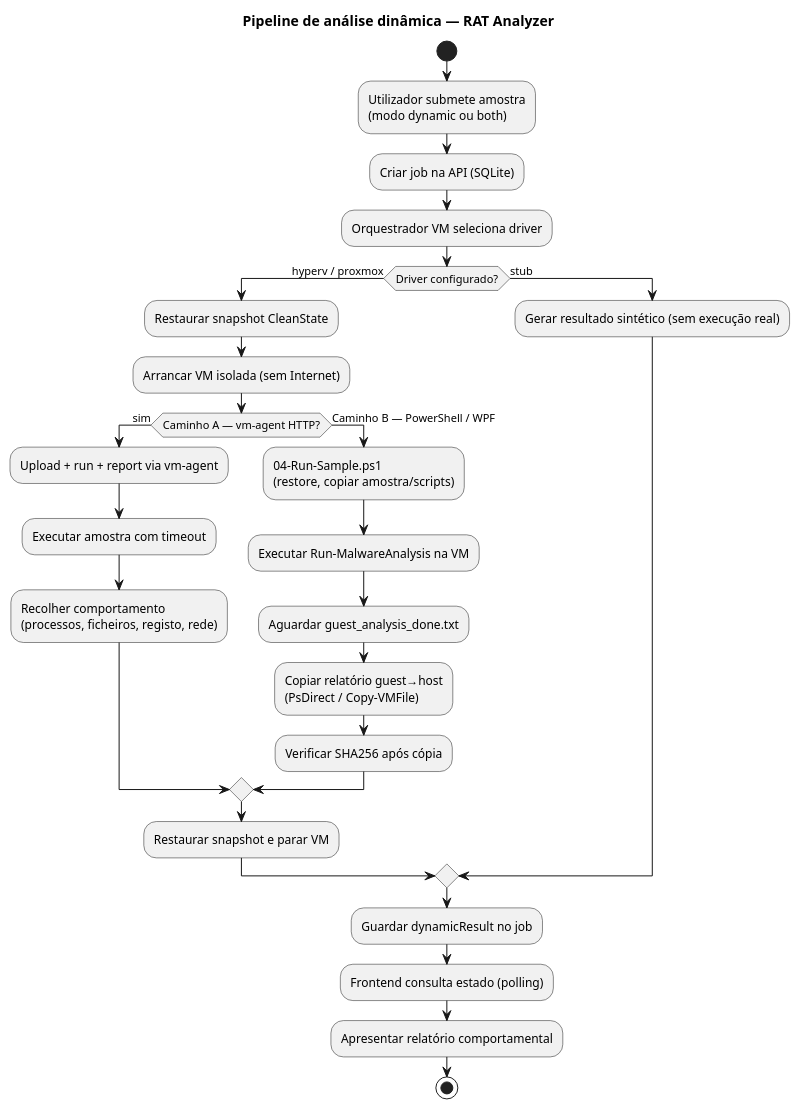
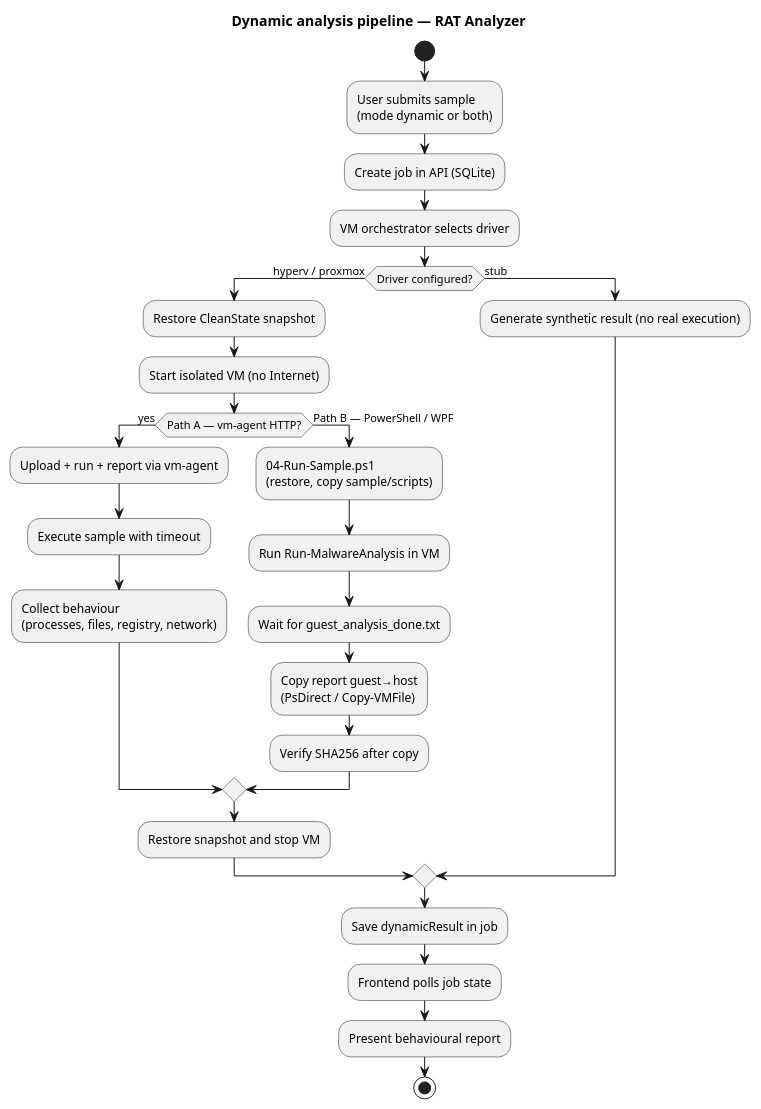
One commit to tlxp/PROJETO changed the diagram in docs/diagrams/analysis-activity-dynamic.puml. Above: the diagram before and after it, drawn with PlantUML. The commit also changed other lines of this file and 43 other files, not shown here.

```diff
--- a/docs/diagrams/analysis-activity-dynamic.puml
+++ b/docs/diagrams/analysis-activity-dynamic.puml
@@ -2,35 +2,35 @@
 @startuml
-title Pipeline de análise dinâmica — RAT Analyzer
+title Dynamic analysis pipeline — RAT Analyzer
 
 start
-:Utilizador submete amostra\n(modo dynamic ou both);
-:Criar job na API (SQLite);
-:Orquestrador VM seleciona driver;
+:User submits sample\n(mode dynamic or both);
+:Create job in API (SQLite);
+:VM orchestrator selects driver;
 
-if (Driver configurado?) then (hyperv / proxmox)
-  :Restaurar snapshot CleanState;
-  :Arrancar VM isolada (sem Internet);
-  ' *Caminho A: HTTP vm-agent; Caminho B: scripts PowerShell/WPF*
-  if (Caminho A — vm-agent HTTP?) then (sim)
+if (Driver configured?) then (hyperv / proxmox)
+  :Restore CleanState snapshot;
+  :Start isolated VM (no Internet);
+  ' *Path A: HTTP vm-agent; Path B: PowerShell/WPF scripts*
+  if (Path A — vm-agent HTTP?) then (yes)
     :Upload + run + report via vm-agent;
-    :Executar amostra com timeout;
-    :Recolher comportamento\n(processos, ficheiros, registo, rede);
-  else (Caminho B — PowerShell / WPF)
-    :04-Run-Sample.ps1\n(restore, copiar amostra/scripts);
-    :Executar Run-MalwareAnalysis na VM;
-    :Aguardar guest_analysis_done.txt;
-    :Copiar relatório guest→host\n(PsDirect / Copy-VMFile);
-    :Verificar SHA256 após cópia;
+    :Execute sample with timeout;
+    :Collect behaviour\n(processes, files, registry, network);
+  else (Path B — PowerShell / WPF)
+    :04-Run-Sample.ps1\n(restore, copy sample/scripts);
+    :Run Run-MalwareAnalysis in VM;
+    :Wait for guest_analysis_done.txt;
+    :Copy report guest→host\n(PsDirect / Copy-VMFile);
+    :Verify SHA256 after copy;
   endif
-  :Restaurar snapshot e parar VM;
+  :Restore snapshot and stop VM;
 else (stub)
-  ' *Driver stub: resultado sintético sem execução real*
-  :Gerar resultado sintético (sem execução real);
+  ' *Stub driver: synthetic result without real execution*
+  :Generate synthetic result (no real execution);
 endif
 
-:Guardar dynamicResult no job;
-:Frontend consulta estado (polling);
-:Apresentar relatório comportamental;
+:Save dynamicResult in job;
+:Frontend polls job state;
+:Present behavioural report;
 stop
 
 @enduml
```
